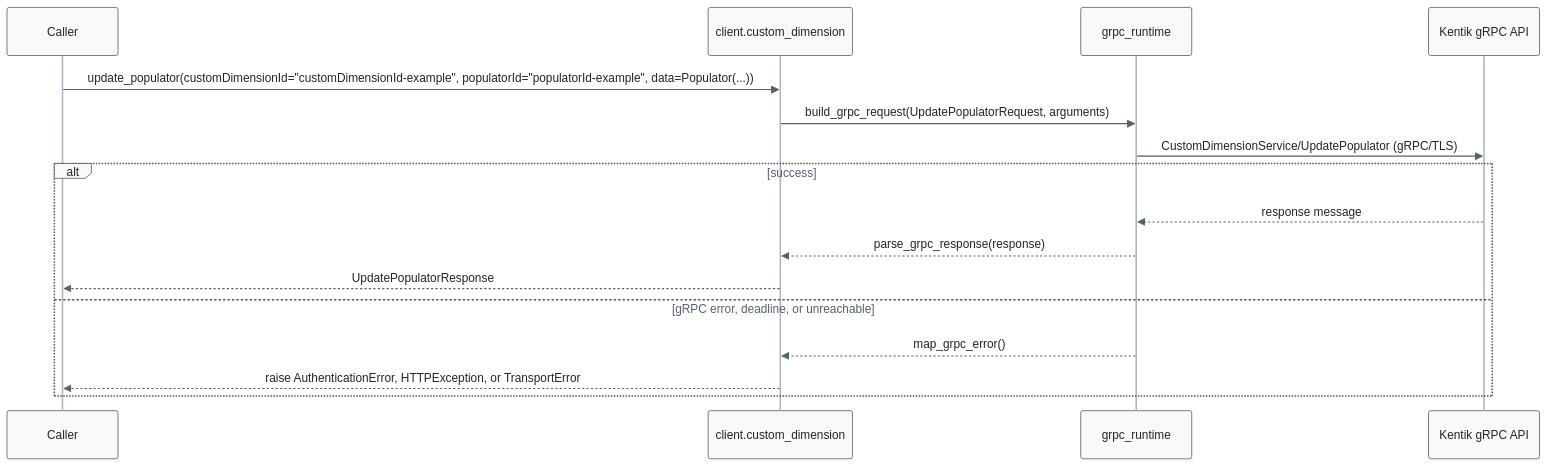
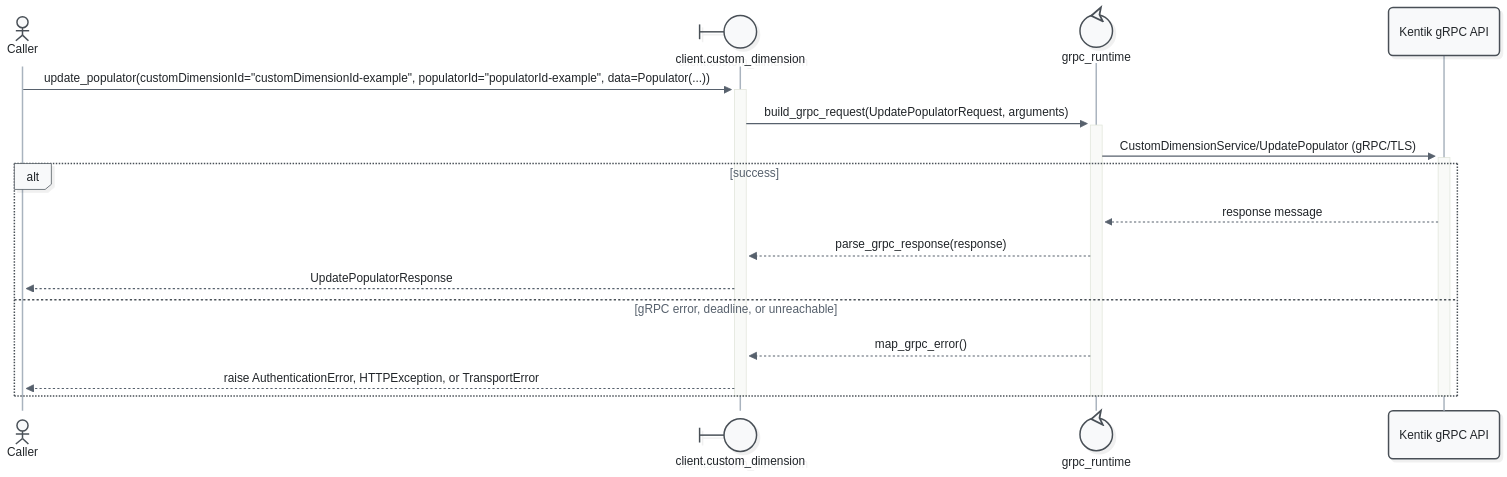
Before and after one commit to alexdearaujo/community_sdk_python: diagram 14 of 21 in docs/sphinx/services/custom_dimension.md, drawn with Mermaid. The commit also changed other lines of this file and 52 other files, not shown here.

First line of the commit message:
docs: Mermaid 12 sequence diagrams with participant types and path colors

````diff
--- a/docs/sphinx/services/custom_dimension.md
+++ b/docs/sphinx/services/custom_dimension.md
@@ -524,20 +556,23 @@
 ```mermaid
-%%{init: {"theme": "base", "fontFamily": "ui-monospace, SFMono-Regular, Menlo, monospace", "themeVariables": {"fontFamily": "ui-monospace, SFMono-Regular, Menlo, monospace", "primaryColor": "#f8f9fa", "primaryBorderColor": "#495057", "primaryTextColor": "#212529", "textColor": "#212529", "lineColor": "#77818c", "edgeLabelBackground": "#ffffff", "actorBkg": "#f8f9fa", "actorBorder": "#495057", "actorTextColor": "#212529", "actorLineColor": "#a9b3be", "signalColor": "#57616d", "signalTextColor": "#212529", "labelBoxBkgColor": "#f8f9fa", "labelBoxBorderColor": "#495057", "labelTextColor": "#212529", "loopTextColor": "#57616d", "noteBkgColor": "#fff9db", "noteBorderColor": "#f08c00", "noteTextColor": "#a35a00"}, "flowchart": {"curve": "step", "nodeSpacing": 30, "rankSpacing": 70, "wrappingWidth": 400}}}%%
+%%{init: {"theme": "redux", "look": "neo", "layout": "dagre", "fontFamily": "ui-monospace, SFMono-Regular, Menlo, monospace", "themeVariables": {"fontFamily": "ui-monospace, SFMono-Regular, Menlo, monospace", "primaryColor": "#f8f9fa", "primaryBorderColor": "#495057", "primaryTextColor": "#212529", "textColor": "#212529", "lineColor": "#77818c", "edgeLabelBackground": "#ffffff", "actorBkg": "#f8f9fa", "actorBorder": "#495057", "actorTextColor": "#212529", "actorLineColor": "#a9b3be", "signalColor": "#57616d", "signalTextColor": "#212529", "labelBoxBkgColor": "#f8f9fa", "labelBoxBorderColor": "#495057", "labelTextColor": "#212529", "loopTextColor": "#57616d", "noteBkgColor": "#fff9db", "noteBorderColor": "#f08c00", "noteTextColor": "#a35a00"}, "sequence": {"activationWidth": 16}, "flowchart": {"curve": "step", "nodeSpacing": 30, "rankSpacing": 70, "wrappingWidth": 400}}}%%
 sequenceDiagram
-    participant C as Caller
-    participant W as client.custom_dimension
-    participant R as grpc_runtime
+    actor C as Caller
+    participant W@{ "type": "boundary" } as client.custom_dimension
+    participant R@{ "type": "control" } as grpc_runtime
     participant API as Kentik gRPC API
 
-    C->>W: update_populator(customDimensionId="customDimensionId-example", populatorId="populatorId-example", data=Populator(...))
-    W->>R: build_grpc_request(UpdatePopulatorRequest, arguments)
-    R->>API: CustomDimensionService/UpdatePopulator (gRPC/TLS)
+    C->>+W: update_populator(customDimensionId="customDimensionId-example", populatorId="populatorId-example", data=Populator(...))
+    W->>+R: build_grpc_request(UpdatePopulatorRequest, arguments)
+    R->>+API: CustomDimensionService/UpdatePopulator (gRPC/TLS)
     alt success
         API-->>R: response message
         R-->>W: parse_grpc_response(response)
         W-->>C: UpdatePopulatorResponse
     else gRPC error, deadline, or unreachable
         R-->>W: map_grpc_error()
         W-->>C: raise AuthenticationError, HTTPException, or TransportError
     end
+    deactivate API
+    deactivate R
+    deactivate W
 ```
````
